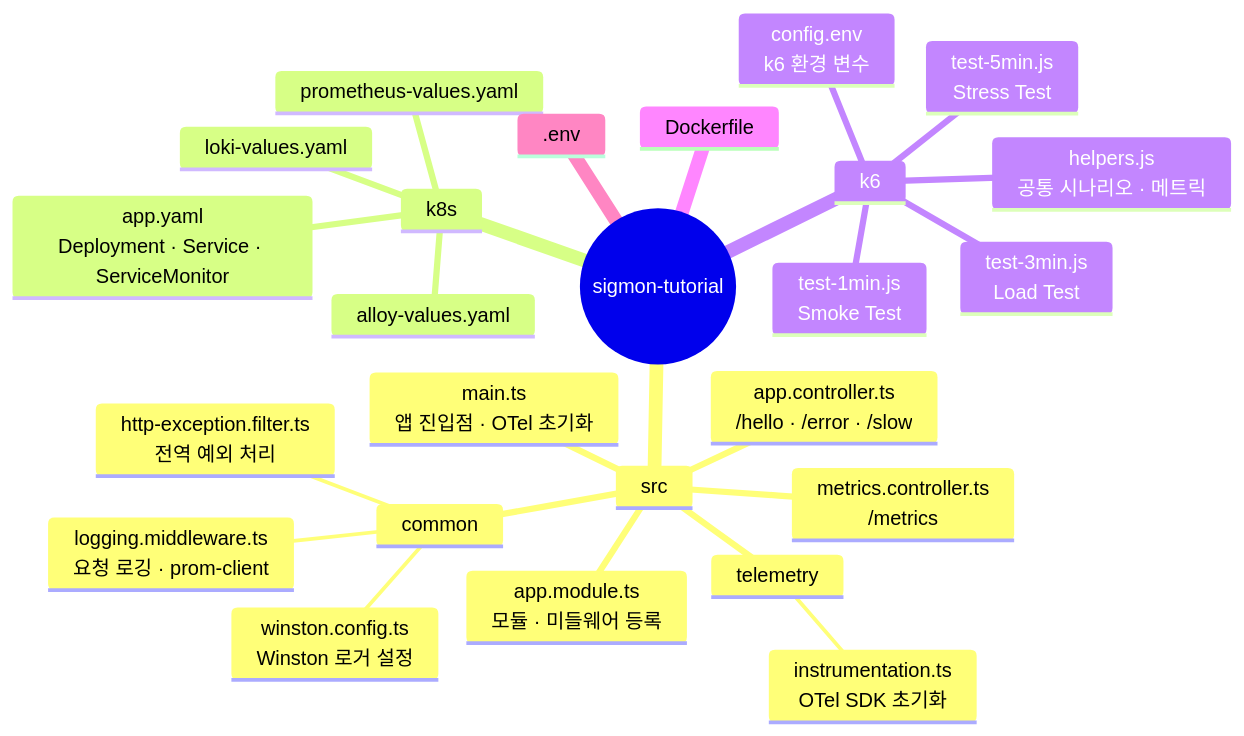
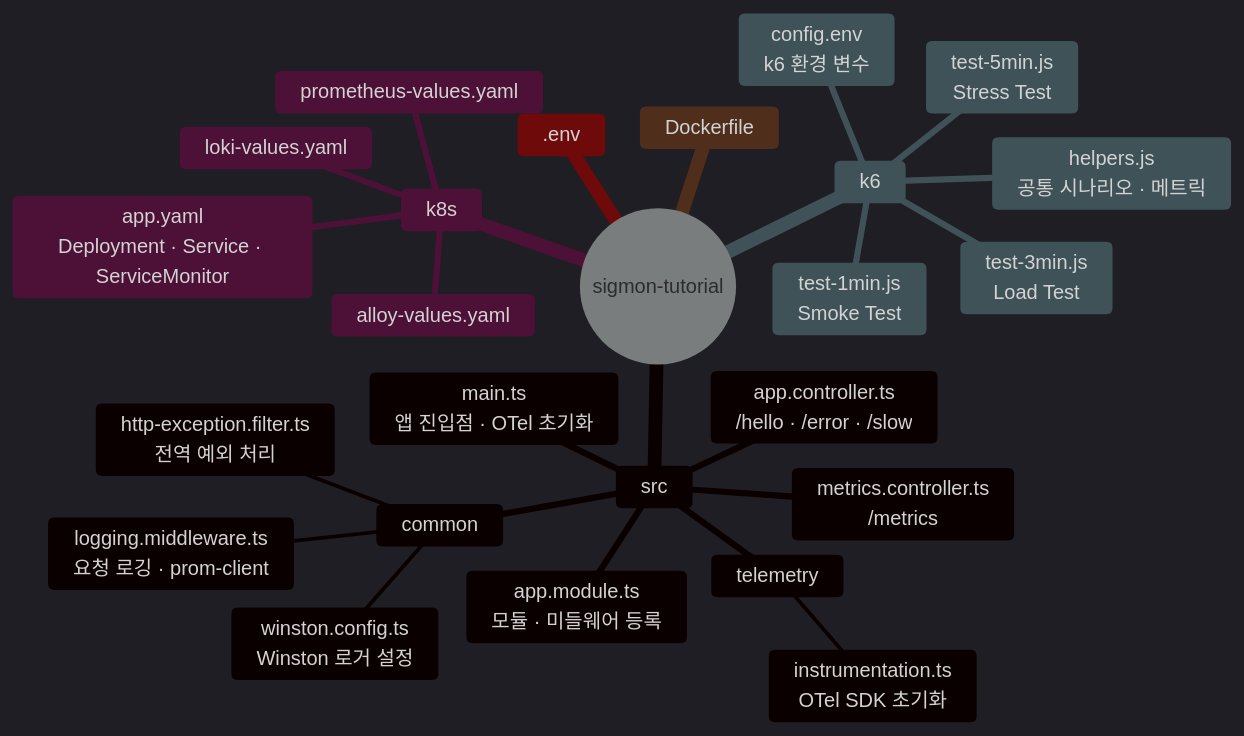
One commit to shhan-ops/sigmon-tutorial changed the second of 6 diagrams in README.md. Above: the diagram before and after it, drawn with Mermaid. The commit also changed other lines of this file, not shown here.

````diff
--- a/README.md
+++ b/README.md
@@ -58,28 +59,29 @@
 ```mermaid
+%%{init: {'theme': 'dark'}}%%
 mindmap
   root((sigmon-tutorial))
     src
       main.ts<br/>앱 진입점 · OTel 초기화
       app.module.ts<br/>모듈 · 미들웨어 등록
       app.controller.ts<br/>/hello · /error · /slow
       metrics.controller.ts<br/>/metrics
       common
         winston.config.ts<br/>Winston 로거 설정
         logging.middleware.ts<br/>요청 로깅 · prom-client
         http-exception.filter.ts<br/>전역 예외 처리
       telemetry
         instrumentation.ts<br/>OTel SDK 초기화
     k8s
       app.yaml<br/>Deployment · Service · ServiceMonitor
       prometheus-values.yaml
       loki-values.yaml
       alloy-values.yaml
     k6
       helpers.js<br/>공통 시나리오 · 메트릭
       test-1min.js<br/>Smoke Test
       test-3min.js<br/>Load Test
       test-5min.js<br/>Stress Test
       config.env<br/>k6 환경 변수
     Dockerfile
     .env
 ```
````
